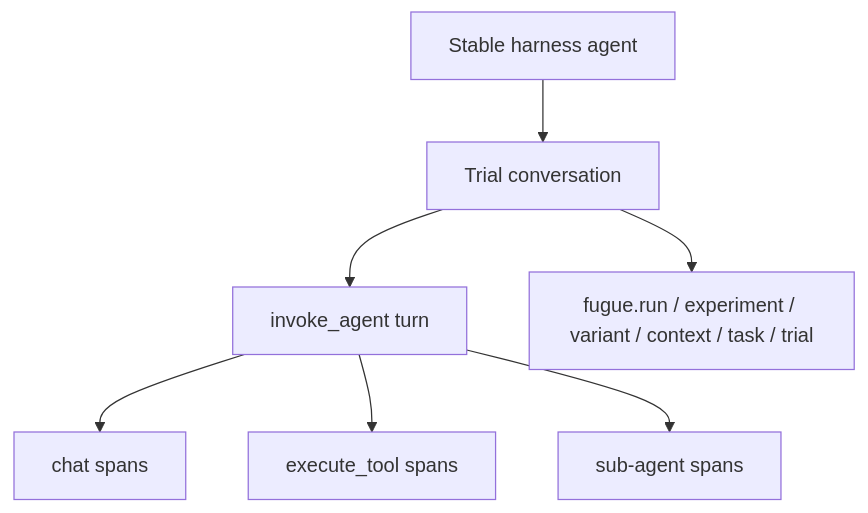
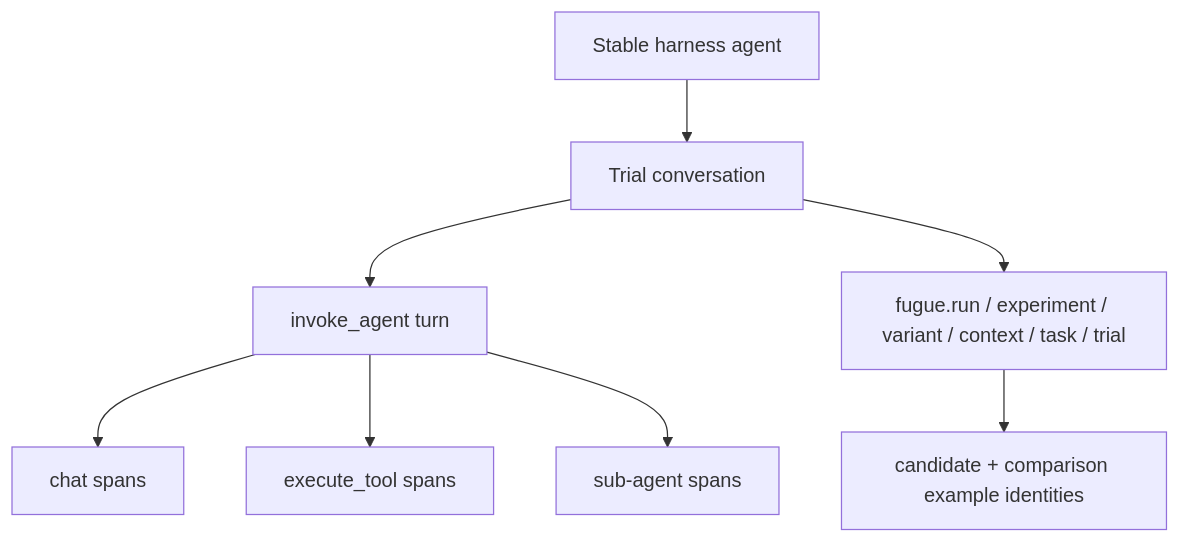
The tenth of 10 diagrams in README.md (ash0ts/fugue), drawn with Mermaid before and after one commit. The commit also changed other lines of this file and 35 other files, not shown here.

````diff
--- a/README.md
+++ b/README.md
@@ -325,9 +432,10 @@
 ```mermaid
 flowchart TD
     AGENT["Stable harness agent"] --> CONV["Trial conversation"]
     CONV --> TURN["invoke_agent turn"]
     TURN --> CHAT["chat spans"]
     TURN --> TOOL["execute_tool spans"]
     TURN --> SUB["sub-agent spans"]
     CONV --> ATTR["fugue.run / experiment / variant / context / task / trial"]
+    ATTR --> ID["candidate + comparison example identities"]
 ```
````
